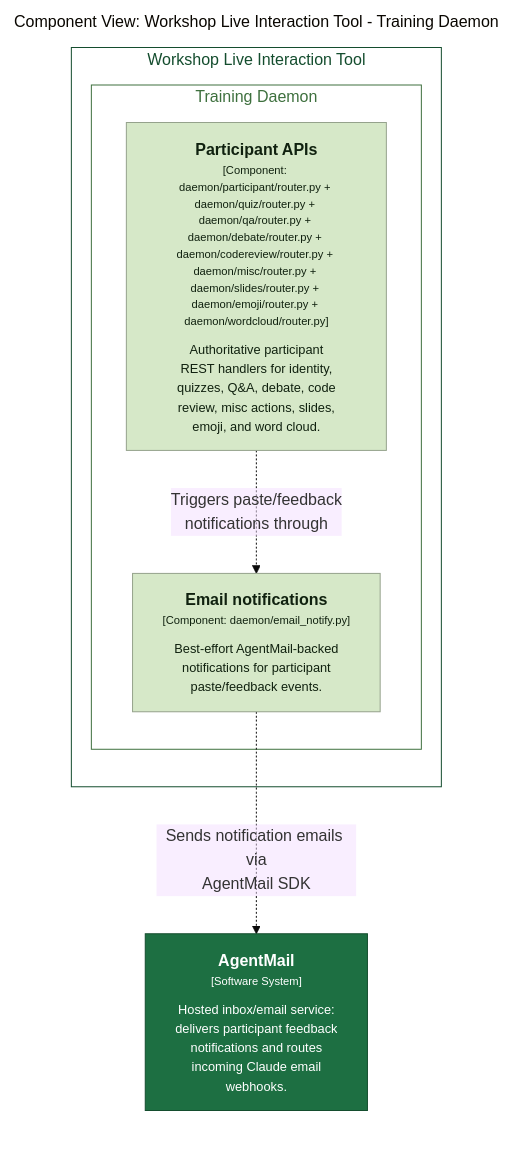
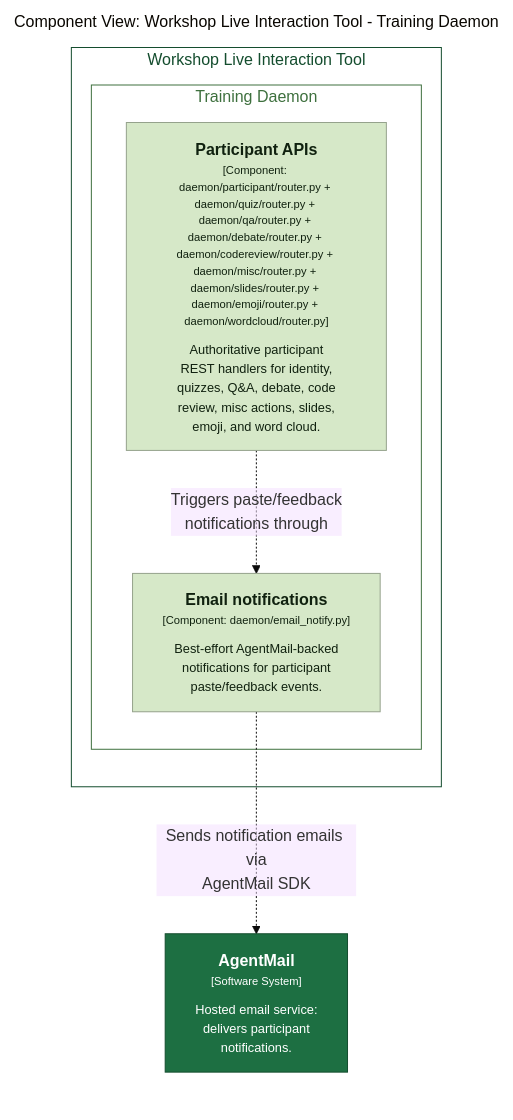
Before and after one commit to victorrentea/training-assistant: the diagram in docs/c4views/C3-Daemon-Notifications.mmd, drawn with Mermaid (base theme). The commit also changed 45 other files, not shown here.

```diff
--- a/docs/c4views/C3-Daemon-Notifications.mmd
+++ b/docs/c4views/C3-Daemon-Notifications.mmd
@@ -1,27 +1,27 @@
 graph LR
   linkStyle default fill:#ffffff
 
   subgraph diagram ["Component View: Workshop Live Interaction Tool - Training Daemon"]
     style diagram fill:#ffffff,stroke:#ffffff
 
-    8["<div style='font-weight: bold'>AgentMail</div><div style='font-size: 70%; margin-top: 0px'>[Software System]</div><div style='font-size: 80%; margin-top:10px'>Hosted inbox/email service:<br />delivers participant feedback<br />notifications and routes<br />incoming Claude email<br />webhooks.</div>"]
+    8["<div style='font-weight: bold'>AgentMail</div><div style='font-size: 70%; margin-top: 0px'>[Software System]</div><div style='font-size: 80%; margin-top:10px'>Hosted email service:<br />delivers participant<br />notifications.</div>"]
     style 8 fill:#1d6f42,stroke:#144d2e,color:#ffffff
 
     subgraph 11 ["Workshop Live Interaction Tool"]
       style 11 fill:#ffffff,stroke:#144d2e,color:#144d2e
 
-      subgraph 24 ["Training Daemon"]
-        style 24 fill:#ffffff,stroke:#3e703e,color:#3e703e
+      subgraph 23 ["Training Daemon"]
+        style 23 fill:#ffffff,stroke:#3e703e,color:#3e703e
 
-        27["<div style='font-weight: bold'>Participant APIs</div><div style='font-size: 70%; margin-top: 0px'>[Component: daemon/participant/router.py + daemon/quiz/router.py + daemon/qa/router.py + daemon/debate/router.py + daemon/codereview/router.py + daemon/misc/router.py + daemon/slides/router.py + daemon/emoji/router.py + daemon/wordcloud/router.py]</div><div style='font-size: 80%; margin-top:10px'>Authoritative participant<br />REST handlers for identity,<br />quizzes, Q&A, debate, code<br />review, misc actions, slides,<br />emoji, and word cloud.</div>"]
-        style 27 fill:#d6e8c8,stroke:#95a28c,color:#10210f
-        41["<div style='font-weight: bold'>Email notifications</div><div style='font-size: 70%; margin-top: 0px'>[Component: daemon/email_notify.py]</div><div style='font-size: 80%; margin-top:10px'>Best-effort AgentMail-backed<br />notifications for participant<br />paste/feedback events.</div>"]
-        style 41 fill:#d6e8c8,stroke:#95a28c,color:#10210f
+        26["<div style='font-weight: bold'>Participant APIs</div><div style='font-size: 70%; margin-top: 0px'>[Component: daemon/participant/router.py + daemon/quiz/router.py + daemon/qa/router.py + daemon/debate/router.py + daemon/codereview/router.py + daemon/misc/router.py + daemon/slides/router.py + daemon/emoji/router.py + daemon/wordcloud/router.py]</div><div style='font-size: 80%; margin-top:10px'>Authoritative participant<br />REST handlers for identity,<br />quizzes, Q&A, debate, code<br />review, misc actions, slides,<br />emoji, and word cloud.</div>"]
+        style 26 fill:#d6e8c8,stroke:#95a28c,color:#10210f
+        40["<div style='font-weight: bold'>Email notifications</div><div style='font-size: 70%; margin-top: 0px'>[Component: daemon/email_notify.py]</div><div style='font-size: 80%; margin-top:10px'>Best-effort AgentMail-backed<br />notifications for participant<br />paste/feedback events.</div>"]
+        style 40 fill:#d6e8c8,stroke:#95a28c,color:#10210f
       end
 
     end
 
-    41-. "<div>Sends notification emails via<br />AgentMail SDK</div><div style='font-size: 70%'></div>" .->8
-    27-. "<div>Triggers paste/feedback<br />notifications through</div><div style='font-size: 70%'></div>" .->41
+    40-. "<div>Sends notification emails via<br />AgentMail SDK</div><div style='font-size: 70%'></div>" .->8
+    26-. "<div>Triggers paste/feedback<br />notifications through</div><div style='font-size: 70%'></div>" .->40
 
   end
```
